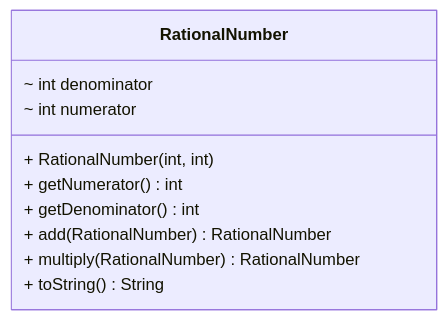
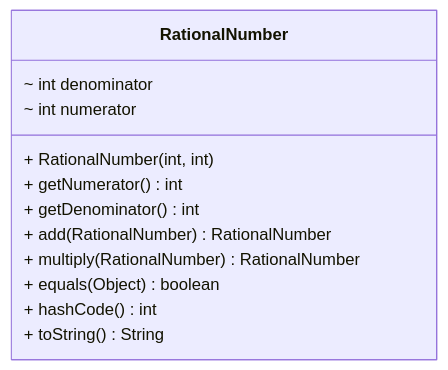
The second of 13 diagrams in src/main/java/com/nbicocchi/exercises/oop/README.md (nbicocchi/learn-java-core), drawn with Mermaid before and after one commit. The commit also changed other lines of this file and 9 other files, not shown here.

````diff
--- a/src/main/java/com/nbicocchi/exercises/oop/README.md
+++ b/src/main/java/com/nbicocchi/exercises/oop/README.md
@@ -49,14 +49,16 @@
 ```mermaid
 classDiagram
 direction BT
 class RationalNumber {
   ~ int denominator
   ~ int numerator
   + RationalNumber(int, int) 
   + getNumerator() int
   + getDenominator() int
   + add(RationalNumber) RationalNumber
   + multiply(RationalNumber) RationalNumber
+  + equals(Object) boolean
+  + hashCode() int
   + toString() String
 }
 ```
````
